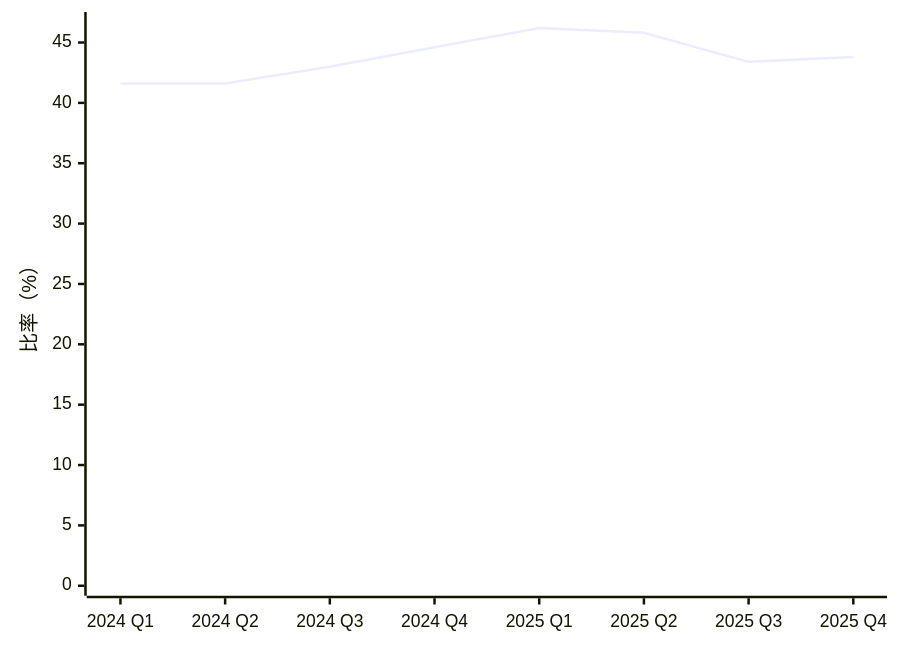
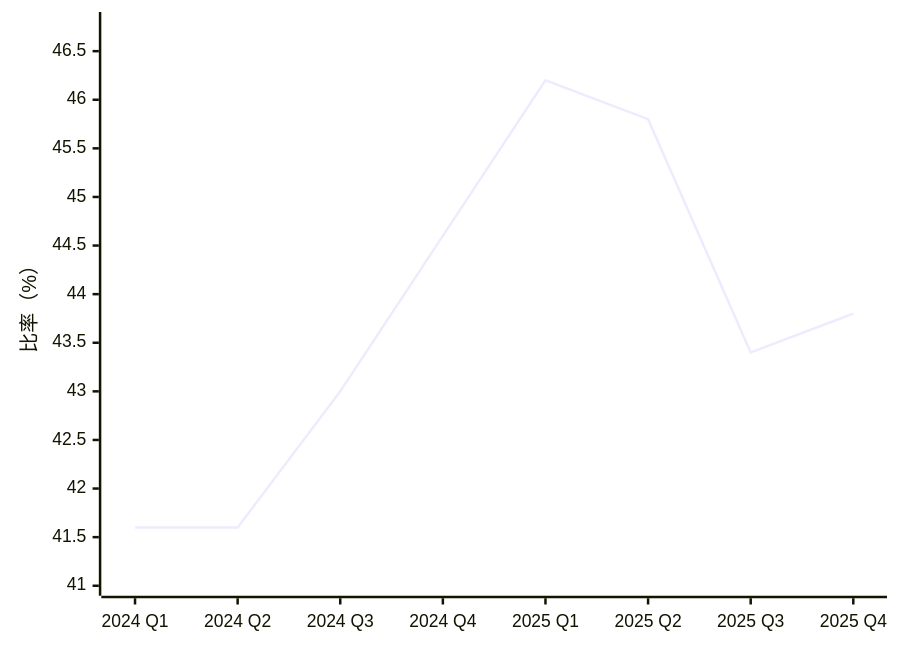
Before and after one commit to jyuny1/blog: diagram 15 of 19 in content/台灣零售與電商競爭分析.md, drawn with Mermaid. The commit also changed other lines of this file, not shown here.

````diff
--- a/content/台灣零售與電商競爭分析.md
+++ b/content/台灣零售與電商競爭分析.md
@@ -204,6 +204,6 @@
 ```mermaid
 xychart-beta
     x-axis ["2024 Q1", "2024 Q2", "2024 Q3", "2024 Q4", "2025 Q1", "2025 Q2", "2025 Q3", "2025 Q4"]
-    y-axis "比率（%）" 0 --> 46.7
+    y-axis "比率（%）" 41 --> 46.8
     line [41.6, 41.6, 43, 44.6, 46.2, 45.8, 43.4, 43.8]
 ```
````
